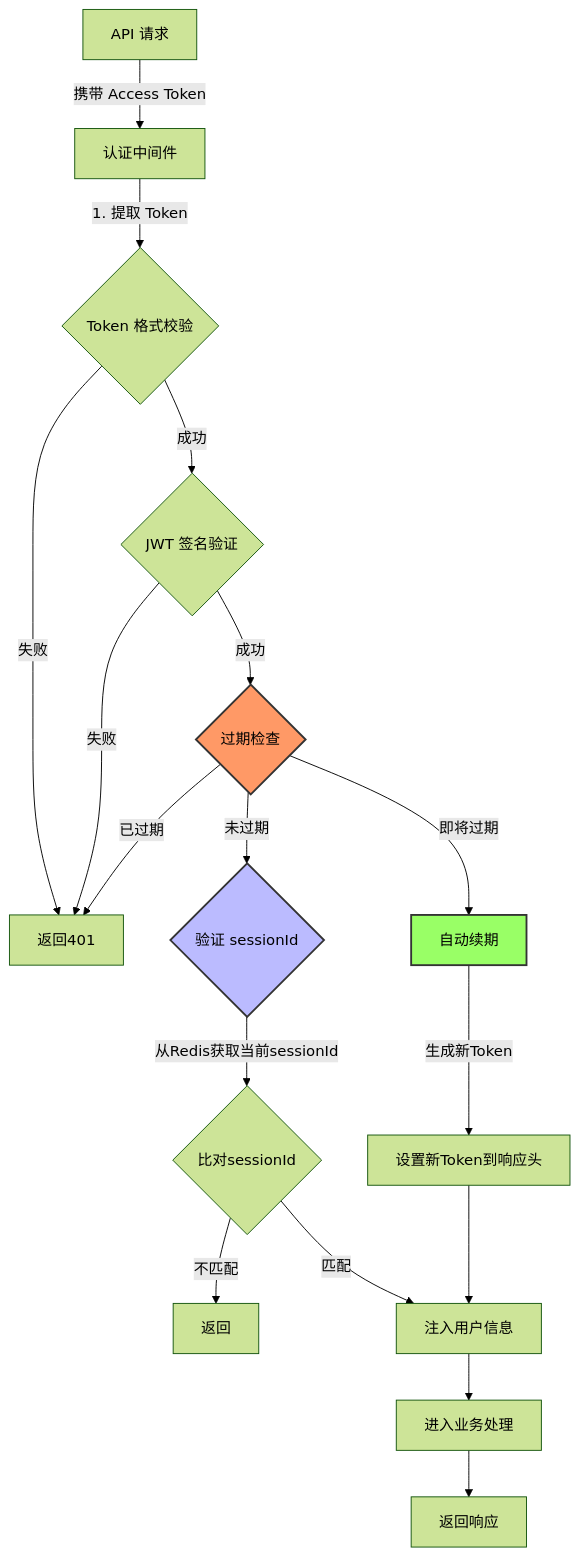
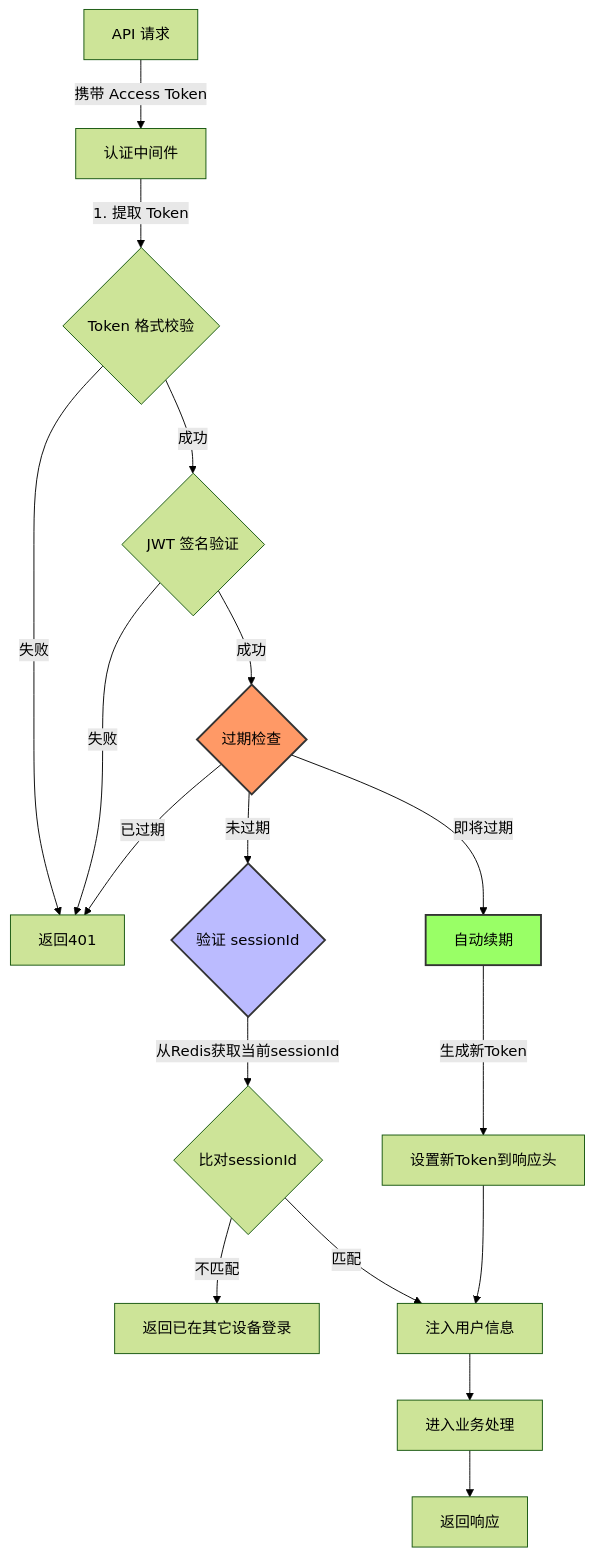
The diagram in all/未命名-12.md (yingjianzh/iodraw-files), drawn with Mermaid (forest theme) before and after one commit.

Commit message:
2025-01-02 16:24:49 update

````diff
--- a/all/未命名-12.md
+++ b/all/未命名-12.md
@@ -1,27 +1,27 @@
 ```mermaid
 flowchart TD
     
     A[API 请求] -->|携带 Access Token| B[认证中间件]
     B -->|1. 提取 Token| C{Token 格式校验}
     C -->|失败| D[返回401]
     C -->|成功| E{JWT 签名验证}
     E -->|失败| D
     E -->|成功| F{过期检查}
     
     F -->|已过期| D
     F -->|即将过期| G[自动续期]
     F -->|未过期| H{验证 sessionId}
     
     H -->|从Redis获取当前sessionId| I{比对sessionId}
-    I -->|不匹配| J[返回]
+    I -->|不匹配| J[返回已在其它设备登录]
     I -->|匹配| K[注入用户信息]
     K --> L[进入业务处理]
     L --> N[返回响应]
     
     G -->|生成新Token| M[设置新Token到响应头]
     M --> K
 
     style F fill:#f96,stroke:#333,stroke-width:2px
     style H fill:#bbf,stroke:#333,stroke-width:2px
     style G fill:#9f6,stroke:#333,stroke-width:2px
 ```
````
